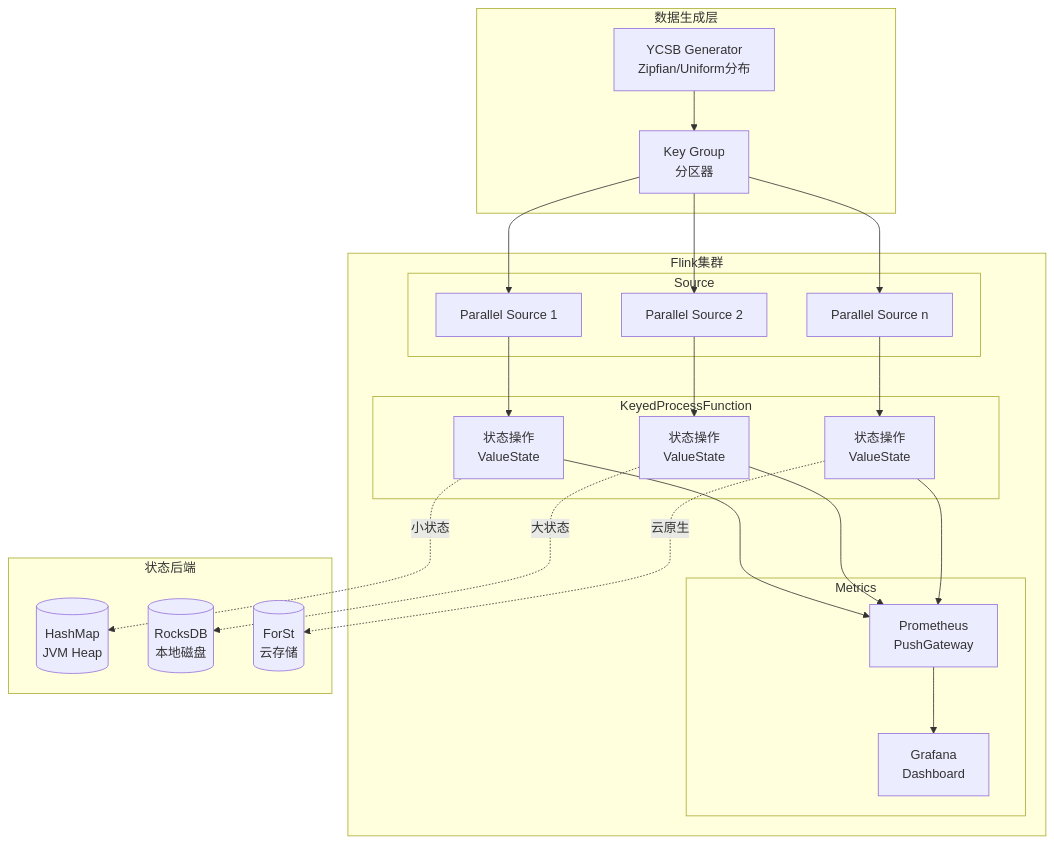
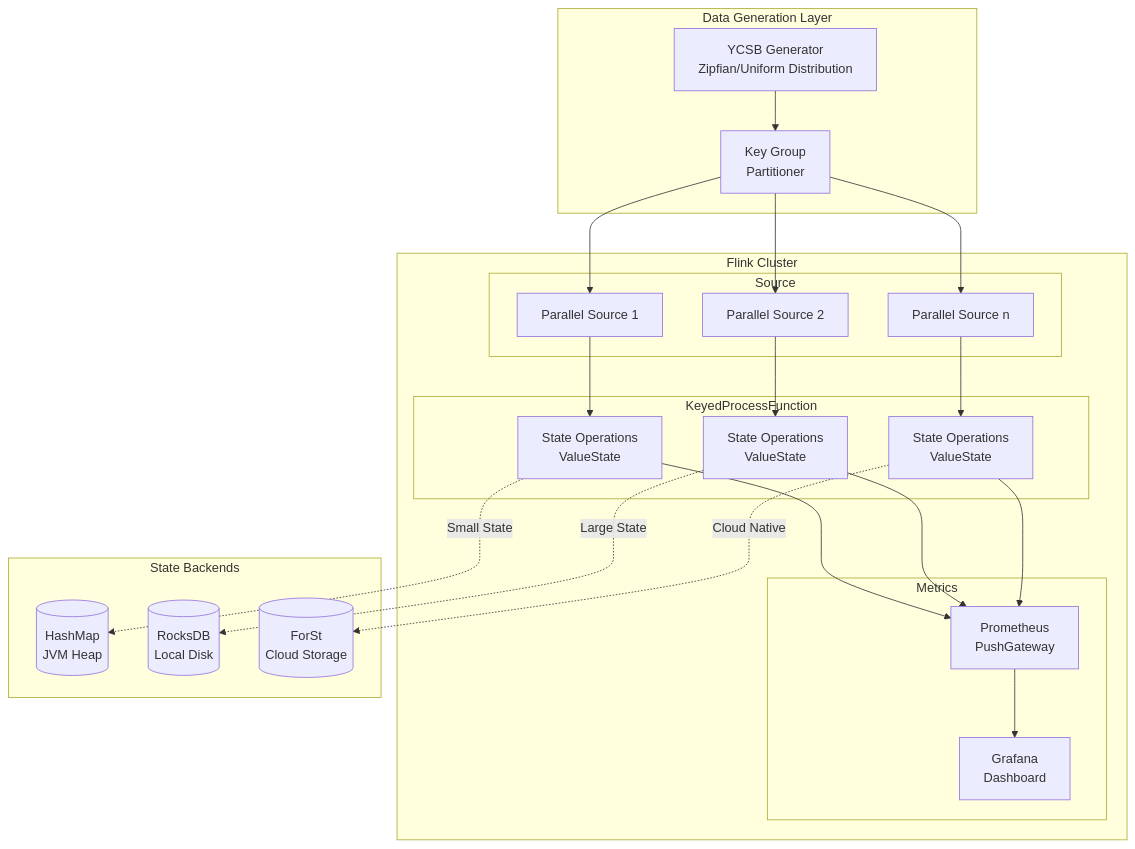
One commit to AdaMartin18010/AnalysisDataFlow changed the second of 3 diagrams in i18n/en/Flink/flink-ycsb-benchmark-guide.md. Above: the diagram before and after it, drawn with Mermaid. The commit also changed other lines of this file and 96 other files, not shown here.

````diff
--- a/i18n/en/Flink/flink-ycsb-benchmark-guide.md
+++ b/i18n/en/Flink/flink-ycsb-benchmark-guide.md
@@ -175,44 +625,44 @@
 ```mermaid
 graph TB
-    subgraph 数据生成层
-        YG[YCSB Generator<br/>Zipfian/Uniform分布]
-        KL[Key Group<br/>分区器]
+    subgraph Data Generation Layer
+        YG[YCSB Generator<br/>Zipfian/Uniform Distribution]
+        KL[Key Group<br/>Partitioner]
     end
 
-    subgraph Flink集群
+    subgraph Flink Cluster
         subgraph Source
             S1[Parallel Source 1]
             S2[Parallel Source 2]
             Sn[Parallel Source n]
         end
 
         subgraph KeyedProcessFunction
-            KP1[状态操作<br/>ValueState]
-            KP2[状态操作<br/>ValueState]
-            KPn[状态操作<br/>ValueState]
+            KP1[State Operations<br/>ValueState]
+            KP2[State Operations<br/>ValueState]
+            KPn[State Operations<br/>ValueState]
         end
 
         subgraph Metrics
             M1[Prometheus<br/>PushGateway]
             M2[Grafana<br/>Dashboard]
         end
     end
 
-    subgraph 状态后端
+    subgraph State Backends
         HM[(HashMap<br/>JVM Heap)]
-        RB[(RocksDB<br/>本地磁盘)]
-        FS[(ForSt<br/>云存储)]
+        RB[(RocksDB<br/>Local Disk)]
+        FS[(ForSt<br/>Cloud Storage)]
     end
 
     YG --> KL
     KL --> S1 & S2 & Sn
     S1 --> KP1
     S2 --> KP2
     Sn --> KPn
 
-    KP1 -.->|小状态| HM
-    KP2 -.->|大状态| RB
-    KPn -.->|云原生| FS
+    KP1 -.->|Small State| HM
+    KP2 -.->|Large State| RB
+    KPn -.->|Cloud Native| FS
 
     KP1 & KP2 & KPn --> M1 --> M2
 ```
````
